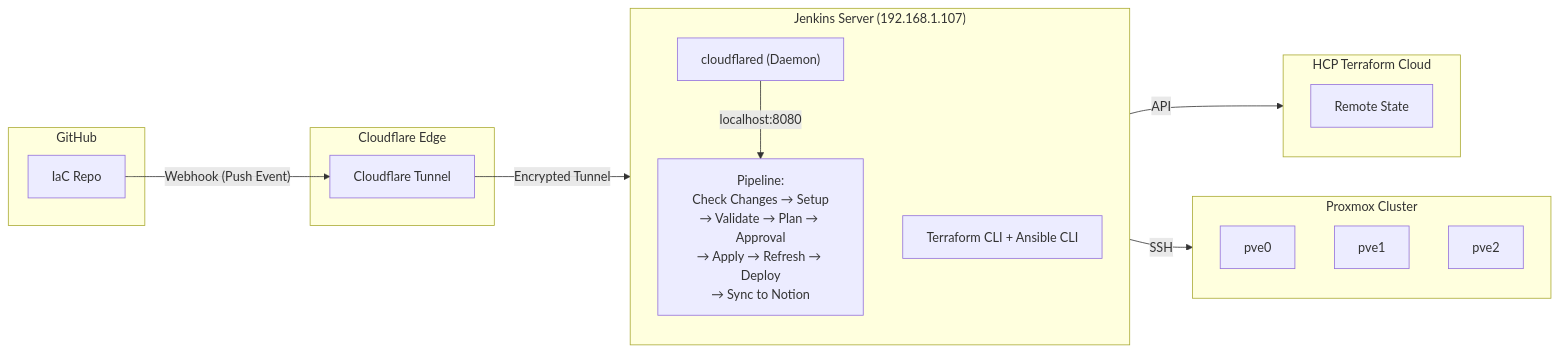
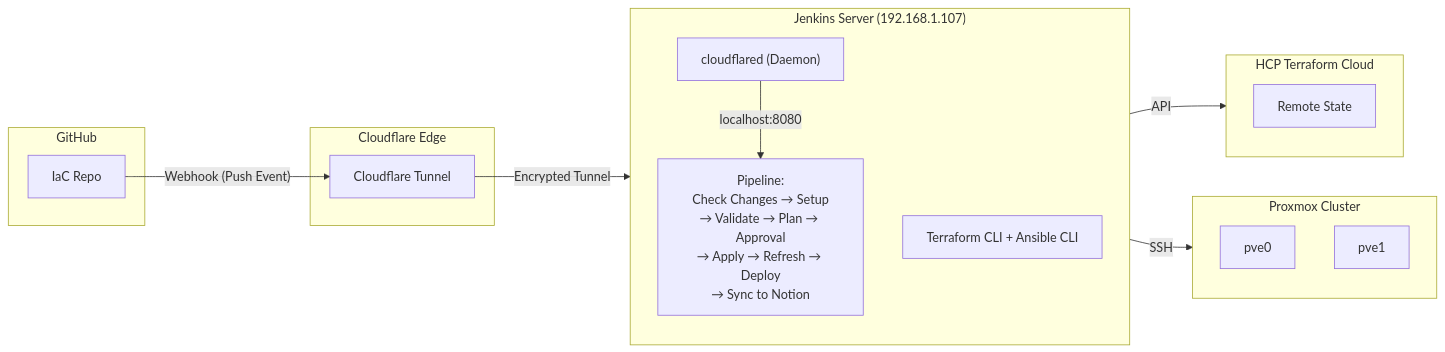
One commit to blue126/IaC changed the first of 5 diagrams in docs/designs/cicd-architecture.md. Above: the diagram before and after it, drawn with Mermaid. The commit also changed other lines of this file and 9 other files, not shown here.

````diff
--- a/docs/designs/cicd-architecture.md
+++ b/docs/designs/cicd-architecture.md
@@ -92,34 +92,33 @@
 ```mermaid
 flowchart LR
     subgraph GitHub["GitHub"]
         Repo[IaC Repo]
     end
 
     subgraph CF["Cloudflare Edge"]
         Tunnel["Cloudflare Tunnel"]
     end
 
     subgraph Jenkins["Jenkins Server (192.168.1.107)"]
         direction TB
         Cloudflared["cloudflared (Daemon)"]
         Pipeline["Pipeline:<br/>Check Changes → Setup<br/>→ Validate → Plan → Approval<br/>→ Apply → Refresh → Deploy<br/>→ Sync to Notion"]
         Tools["Terraform CLI + Ansible CLI"]
     end
 
     subgraph HCP["HCP Terraform Cloud"]
         State[Remote State]
     end
 
     subgraph Proxmox["Proxmox Cluster"]
         pve0[pve0]
         pve1[pve1]
-        pve2[pve2]
     end
 
     Repo -- "Webhook (Push Event)" --> Tunnel
     Tunnel -- "Encrypted Tunnel" --> Cloudflared
     Cloudflared -- "localhost:8080" --> Pipeline
 
     Pipeline -- "API" --> HCP
     Pipeline -- "SSH" --> Proxmox
 ```
````
